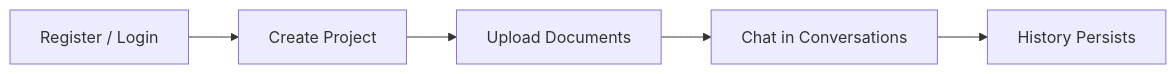
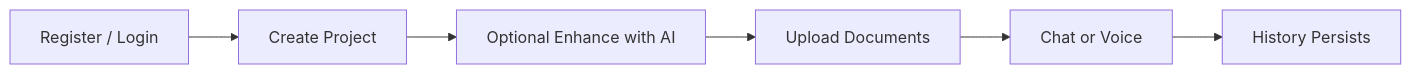
The first of 7 diagrams in README.md (SHRIYAASK/chatbot-platform_assignment), drawn with Mermaid before and after one commit. The commit also changed other lines of this file and 40 other files, not shown here.

````diff
--- a/README.md
+++ b/README.md
@@ -43,7 +46,8 @@
 ```mermaid
 flowchart LR
     A[Register / Login] --> B[Create Project]
-    B --> C[Upload Documents]
-    C --> D[Chat in Conversations]
+    B --> B2[Optional Enhance with AI]
+    B2 --> C[Upload Documents]
+    C --> D[Chat or Voice]
     D --> E[History Persists]
 ```
````
